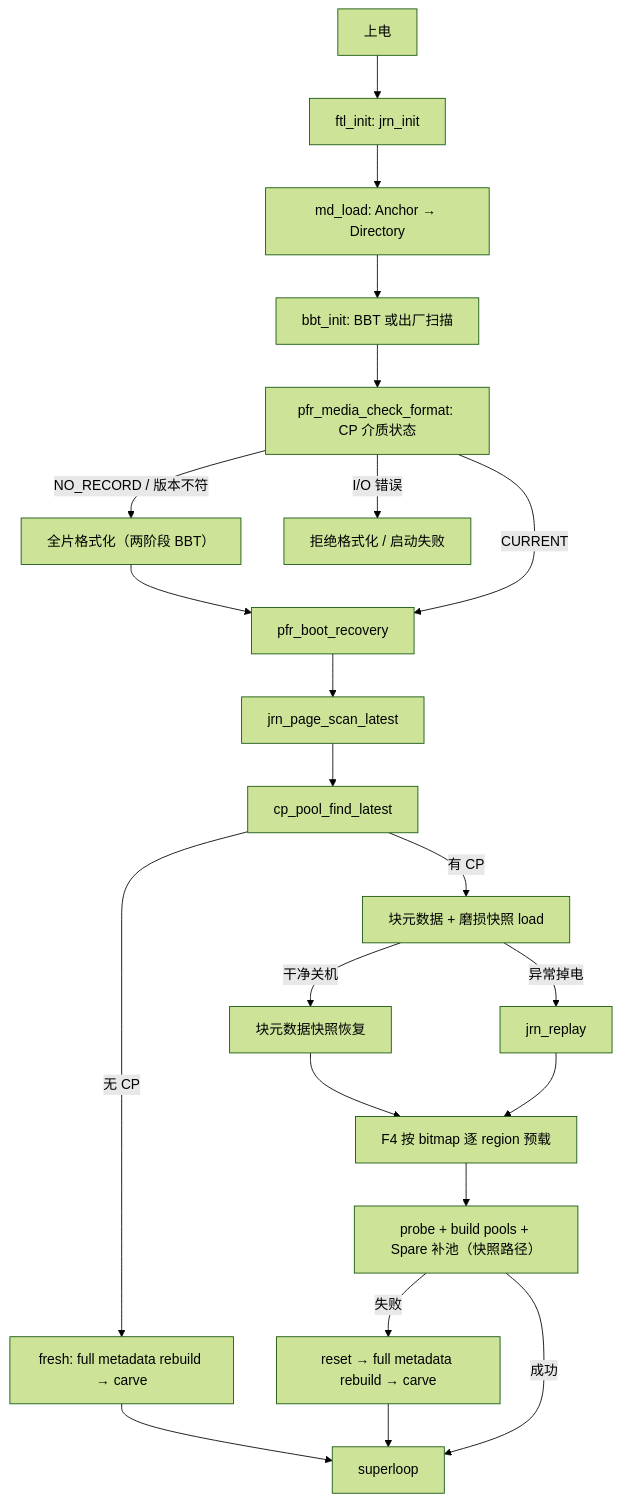
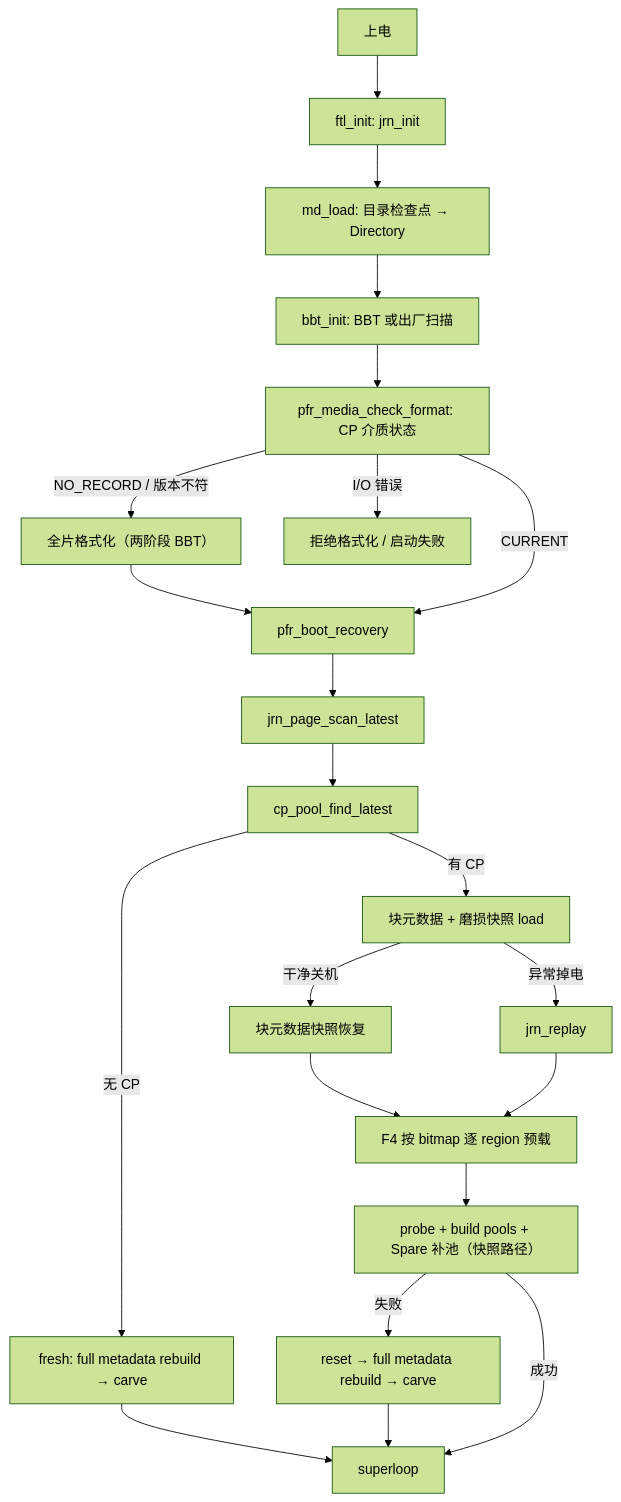
Before and after one commit to YzYMIAO/BASESSD: the third of 34 diagrams in docs/design/ftl_design.md, drawn with Mermaid (forest theme). The commit also changed other lines of this file and 45 other files, not shown here.

````diff
--- a/docs/design/ftl_design.md
+++ b/docs/design/ftl_design.md
@@ -919,24 +921,24 @@
 ```mermaid
 flowchart TD
     PWR["上电"] --> JI["ftl_init: jrn_init"]
-    JI --> MDL["md_load: Anchor → Directory"]
+    JI --> MDL["md_load: 目录检查点 → Directory"]
     MDL --> BBTI["bbt_init: BBT 或出厂扫描"]
     BBTI --> VER["pfr_media_check_format: CP 介质状态"]
     VER -- "NO_RECORD / 版本不符" --> FMT["全片格式化（两阶段 BBT）"]
     VER -- "I/O 错误" --> HALT["拒绝格式化 / 启动失败"]
     VER -- "CURRENT" --> BR["pfr_boot_recovery"]
     FMT --> BR
     BR --> JS["jrn_page_scan_latest"]
     JS --> CPF["cp_pool_find_latest"]
     CPF -- "无 CP" --> FRESH["fresh: full metadata rebuild → carve"]
     CPF -- "有 CP" --> LS["块元数据 + 磨损快照 load"]
     LS -- "干净关机" --> CL["块元数据快照恢复"]
     LS -- "异常掉电" --> JR["jrn_replay"]
     CL --> F4["F4 按 bitmap 逐 region 预载"]
     JR --> F4
     F4 --> POOL["probe + build pools + Spare 补池（快照路径）"]
     POOL -- "失败" --> FB["reset → full metadata rebuild → carve"]
     POOL -- "成功" --> LOOP["superloop"]
     FRESH --> LOOP
     FB --> LOOP
 ```
````
